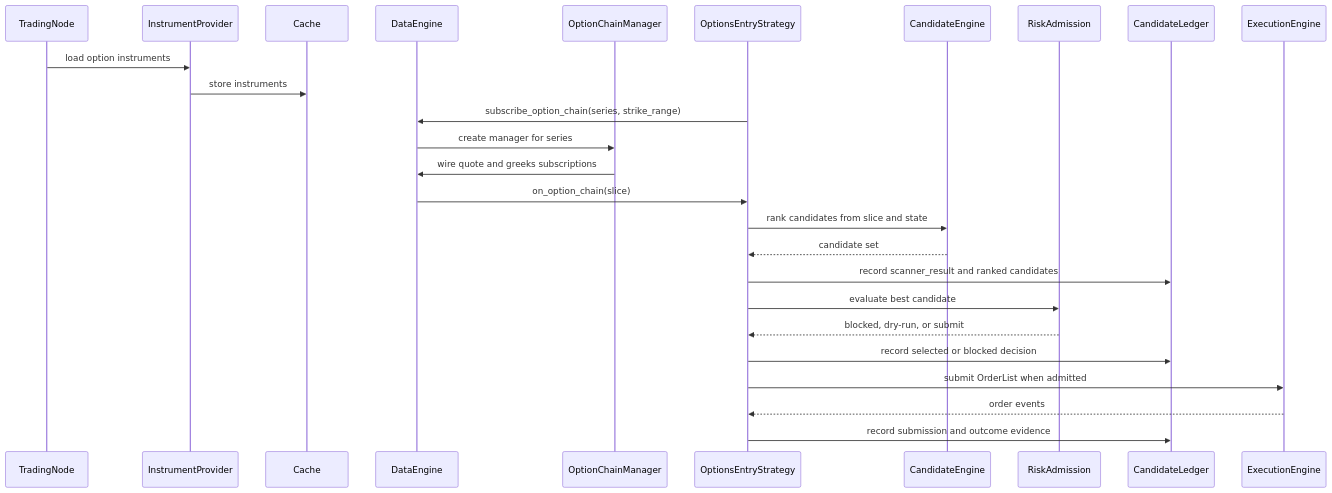
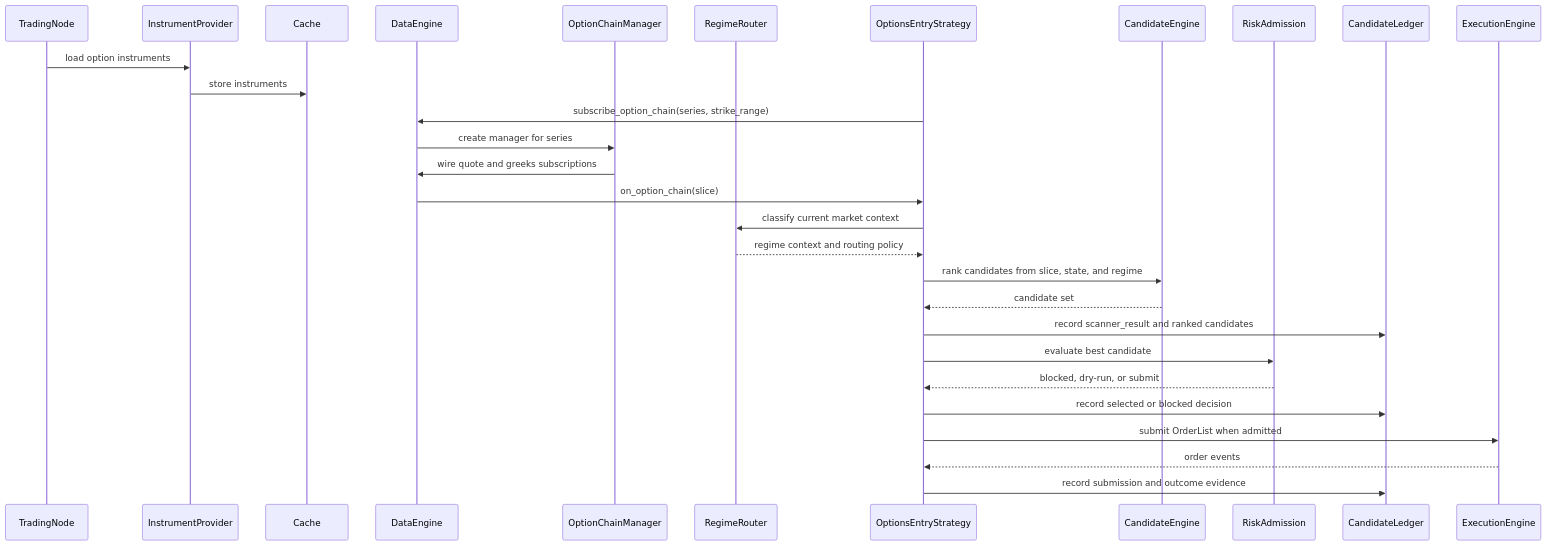
One commit to afrojuju1/nautilus_trader changed the second of 2 diagrams in docs/developer_guide/nautilus_native_opportunity_scanning.md. Above: the diagram before and after it, drawn with Mermaid. The commit also changed other lines of this file and 4 other files, not shown here.

Commit message:
Document Alpaca regime router architecture

````diff
--- a/docs/developer_guide/nautilus_native_opportunity_scanning.md
+++ b/docs/developer_guide/nautilus_native_opportunity_scanning.md
@@ -111,29 +123,32 @@
 ```mermaid
 sequenceDiagram
     participant Node as TradingNode
     participant Provider as InstrumentProvider
     participant Cache as Cache
     participant Data as DataEngine
     participant Chain as OptionChainManager
+    participant Regime as RegimeRouter
     participant Strategy as OptionsEntryStrategy
     participant Candidate as CandidateEngine
     participant Risk as RiskAdmission
     participant Ledger as CandidateLedger
     participant Exec as ExecutionEngine
 
     Node->>Provider: load option instruments
     Provider->>Cache: store instruments
     Strategy->>Data: subscribe_option_chain(series, strike_range)
     Data->>Chain: create manager for series
     Chain->>Data: wire quote and greeks subscriptions
     Data->>Strategy: on_option_chain(slice)
-    Strategy->>Candidate: rank candidates from slice and state
+    Strategy->>Regime: classify current market context
+    Regime-->>Strategy: regime context and routing policy
+    Strategy->>Candidate: rank candidates from slice, state, and regime
     Candidate-->>Strategy: candidate set
     Strategy->>Ledger: record scanner_result and ranked candidates
     Strategy->>Risk: evaluate best candidate
     Risk-->>Strategy: blocked, dry-run, or submit
     Strategy->>Ledger: record selected or blocked decision
     Strategy->>Exec: submit OrderList when admitted
     Exec-->>Strategy: order events
     Strategy->>Ledger: record submission and outcome evidence
 ```
````
